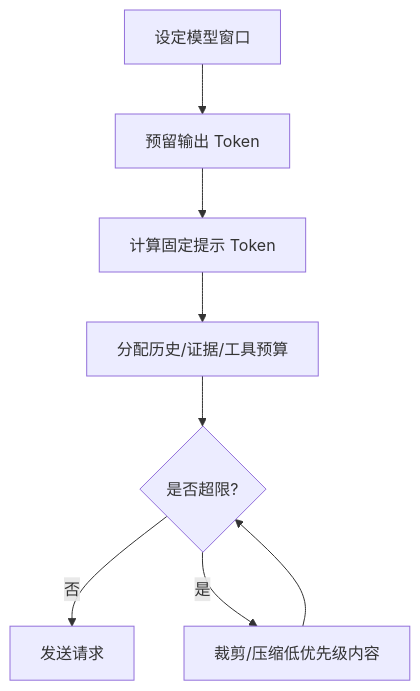
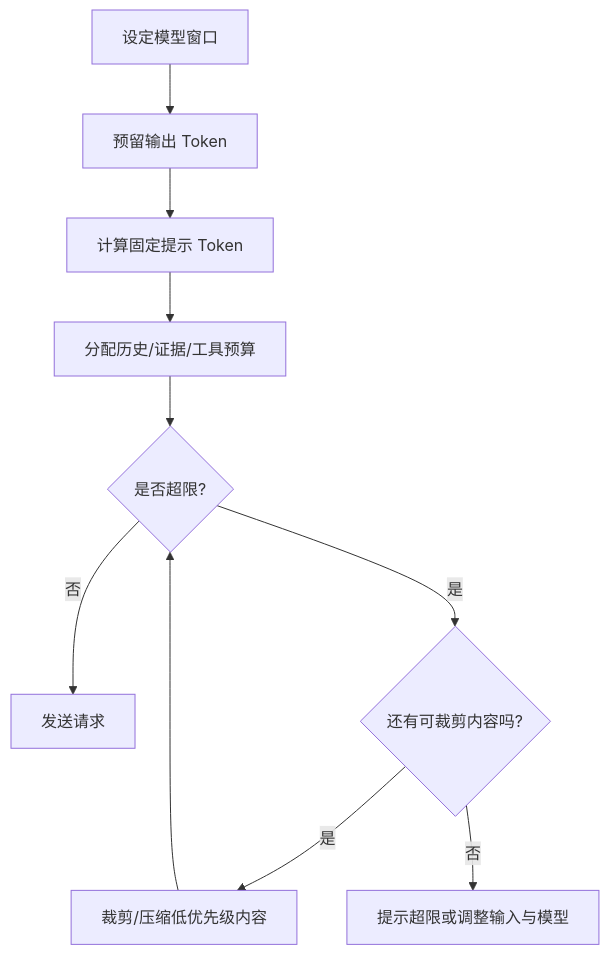
Before and after one commit to GuoWWWX/knowledge-base: the diagram in 10-AI应用开发/01-LLM基础与Prompt/14-上下文窗口预算管理.md, drawn with Mermaid. The commit also changed other lines of this file and 368 other files, not shown here.

````diff
--- a/10-AI应用开发/01-LLM基础与Prompt/14-上下文窗口预算管理.md
+++ b/10-AI应用开发/01-LLM基础与Prompt/14-上下文窗口预算管理.md
@@ -53,10 +53,12 @@
 ```mermaid
 flowchart TD
     A[设定模型窗口] --> B[预留输出 Token]
     B --> C[计算固定提示 Token]
     C --> D[分配历史/证据/工具预算]
     D --> E{是否超限?}
     E -->|否| F[发送请求]
-    E -->|是| G[裁剪/压缩低优先级内容]
-    G --> E
+    E -->|是| G{还有可裁剪内容吗?}
+    G -->|是| H[裁剪/压缩低优先级内容]
+    H --> E
+    G -->|否| I[提示超限或调整输入与模型]
 ```
````
